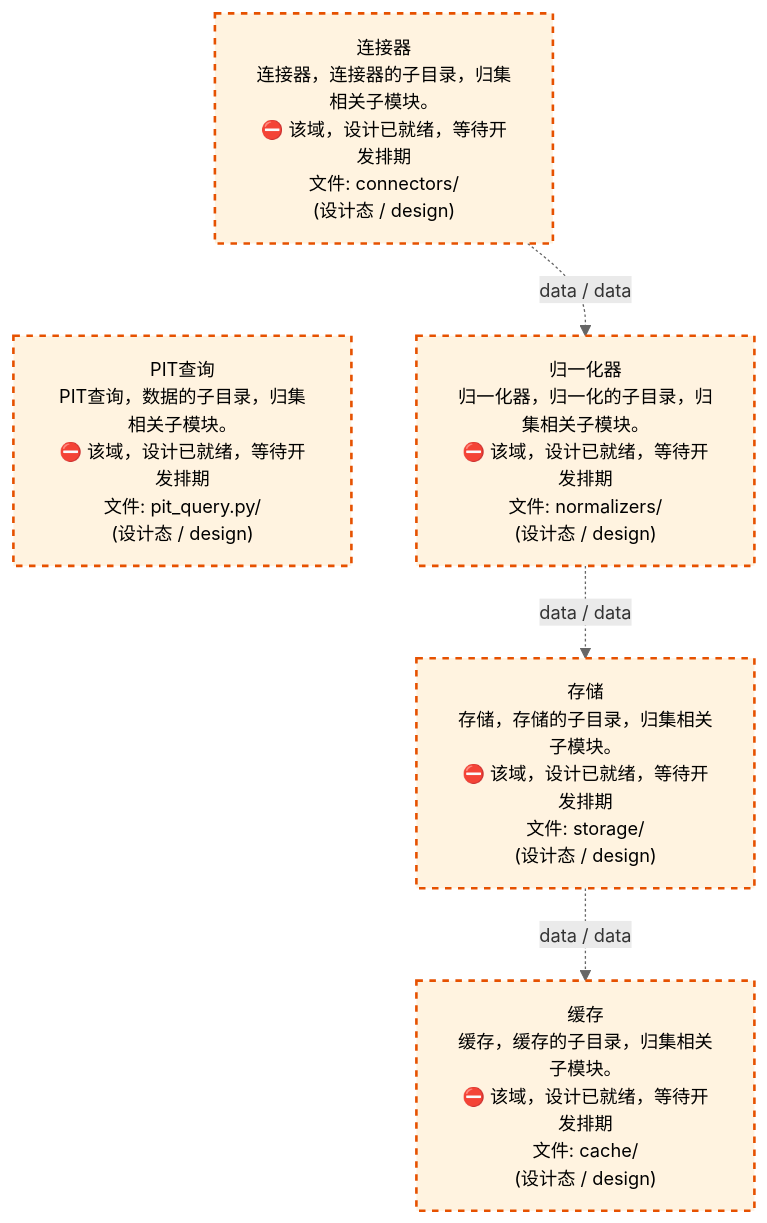
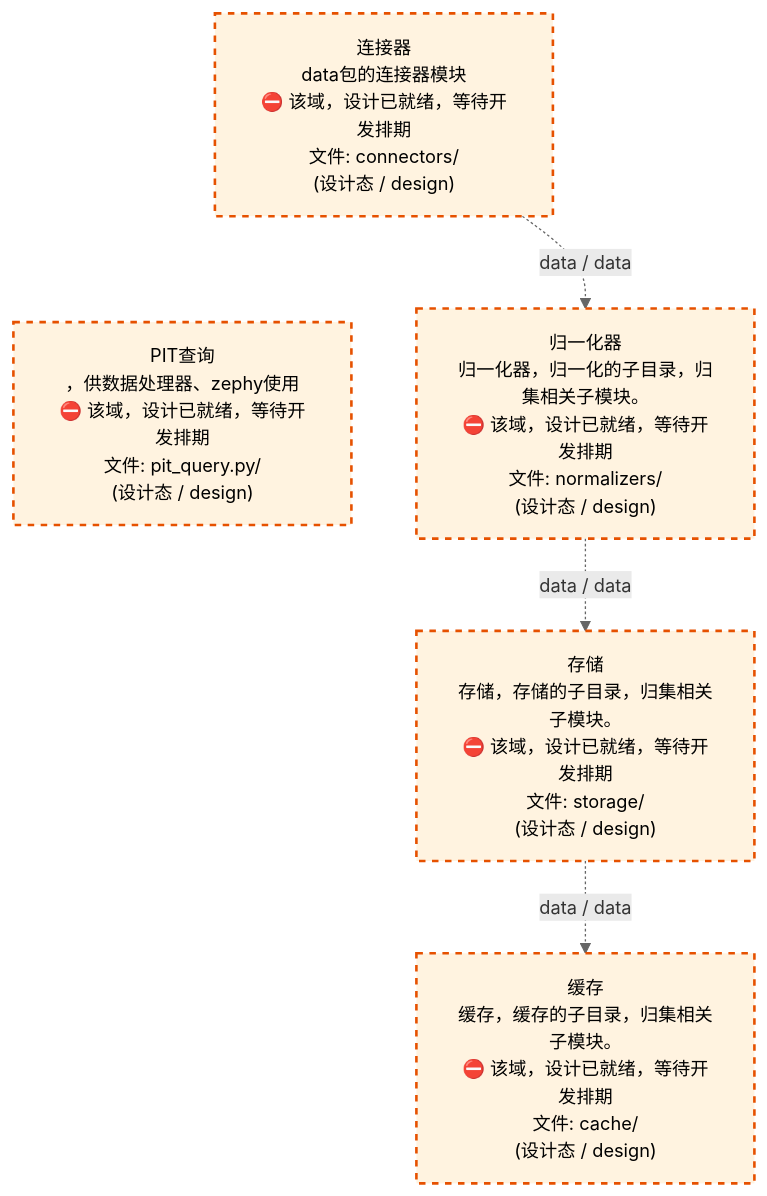
Before and after one commit to xuanFelixVan/ZephyrAlpha: the third of 4 diagrams in docs/02_enterprise_architecture/02_domain_architecture_docs/11_d_data.md, drawn with Mermaid. The commit also changed other lines of this file and 58 other files, not shown here.

````diff
--- a/docs/02_enterprise_architecture/02_domain_architecture_docs/11_d_data.md
+++ b/docs/02_enterprise_architecture/02_domain_architecture_docs/11_d_data.md
@@ -1293,18 +1293,18 @@
 ```mermaid
 %%{init: {'theme': 'base', 'themeVariables': {'primaryColor': '#eaeaea', 'primaryTextColor': '#333333', 'primaryBorderColor': '#666666', 'lineColor': '#666666', 'secondaryColor': '#eaeaea', 'tertiaryColor': '#eaeaea', 'fontSize': '14px'}}}%%
 flowchart TD
-    src_zephyr_data_connectors["连接器<br/>连接器，连接器的子目录，归集相关子模块。<br/>⛔ 该域，设计已就绪，等待开发排期<br/>文件: connectors/<br/>(设计态 / design)"]
-    src_zephyr_data_pit_query_py["PIT查询<br/>PIT查询，数据的子目录，归集相关子模块。<br/>⛔ 该域，设计已就绪，等待开发排期<br/>文件: pit_query.py/<br/>(设计态 / design)"]
+    src_zephyr_data_connectors["连接器<br/>data包的连接器模块<br/>⛔ 该域，设计已就绪，等待开发排期<br/>文件: connectors/<br/>(设计态 / design)"]
+    src_zephyr_data_pit_query_py["PIT查询<br/>，供数据处理器、zephy使用<br/>⛔ 该域，设计已就绪，等待开发排期<br/>文件: pit_query.py/<br/>(设计态 / design)"]
     src_zephyr_data_connectors ~~~ src_zephyr_data_pit_query_py
     src_zephyr_data_normalizers["归一化器<br/>归一化器，归一化的子目录，归集相关子模块。<br/>⛔ 该域，设计已就绪，等待开发排期<br/>文件: normalizers/<br/>(设计态 / design)"]
     src_zephyr_data_storage["存储<br/>存储，存储的子目录，归集相关子模块。<br/>⛔ 该域，设计已就绪，等待开发排期<br/>文件: storage/<br/>(设计态 / design)"]
     src_zephyr_data_cache["缓存<br/>缓存，缓存的子目录，归集相关子模块。<br/>⛔ 该域，设计已就绪，等待开发排期<br/>文件: cache/<br/>(设计态 / design)"]
     src_zephyr_data_connectors -.->|data / data| src_zephyr_data_normalizers
     src_zephyr_data_normalizers -.->|data / data| src_zephyr_data_storage
     src_zephyr_data_storage -.->|data / data| src_zephyr_data_cache
     classDef production fill:#e1f5fe,stroke:#01579b,stroke-width:2px,color:#000
     classDef design fill:#fff3e0,stroke:#e65100,stroke-width:2px,color:#000,stroke-dasharray: 5 5
     classDef external_prod fill:#e8f4fd,stroke:#0277bd,stroke-width:1px,color:#000
     classDef external_design fill:#fff8e7,stroke:#ef6c00,stroke-width:1px,color:#000,stroke-dasharray: 5 5
     class src_zephyr_data_cache,src_zephyr_data_connectors,src_zephyr_data_normalizers,src_zephyr_data_pit_query_py,src_zephyr_data_storage design
 ```
````
